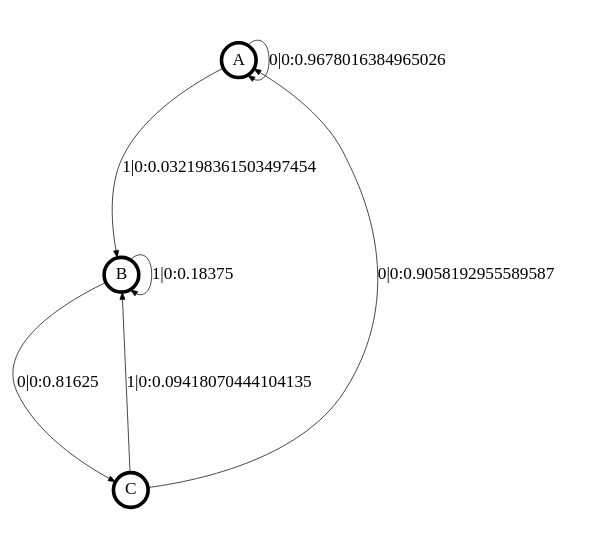
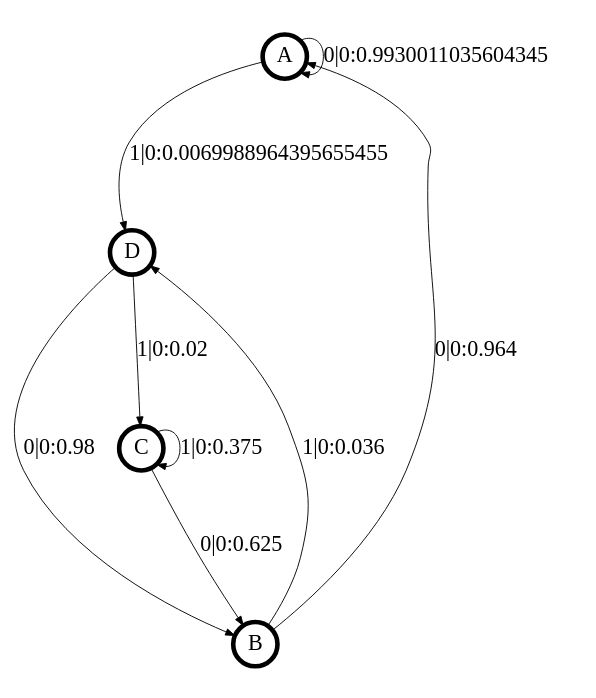
One commit to OdalysBar/HonorsThesis-TikTok changed the diagram in transCSSR-master/transCSSR_results/+user2.dot. Above: the diagram before and after it, drawn with Graphviz. The commit also changed 275 other files, not shown here.

```diff
--- a/transCSSR-master/transCSSR_results/+user2.dot
+++ b/transCSSR-master/transCSSR_results/+user2.dot
@@ -1,18 +1,20 @@
 digraph  {
 size = "6,8.5";
 ratio = "fill";
 node
 [shape = circle];
 node [fontsize = 24];
 node [penwidth = 5];
 edge [fontsize = 24];
 node [fontname = "CMU Serif Roman"];
 graph [fontname = "CMU Serif Roman"];
 edge [fontname = "CMU Serif Roman"];
-A -> A [label = "0|0:0.9678016384965026\l"];
-A -> B [label = "1|0:0.032198361503497454\l"];
-B -> B [label = "1|0:0.18375\l"];
-B -> C [label = "0|0:0.81625\l"];
-C -> A [label = "0|0:0.9058192955589587\l"];
-C -> B [label = "1|0:0.09418070444104135\l"];
+A -> A [label = "0|0:0.9930011035604345\l"];
+A -> D [label = "1|0:0.0069988964395655455\l"];
+B -> A [label = "0|0:0.964\l"];
+B -> D [label = "1|0:0.036\l"];
+C -> B [label = "0|0:0.625\l"];
+C -> C [label = "1|0:0.375\l"];
+D -> B [label = "0|0:0.98\l"];
+D -> C [label = "1|0:0.02\l"];
 }
```
